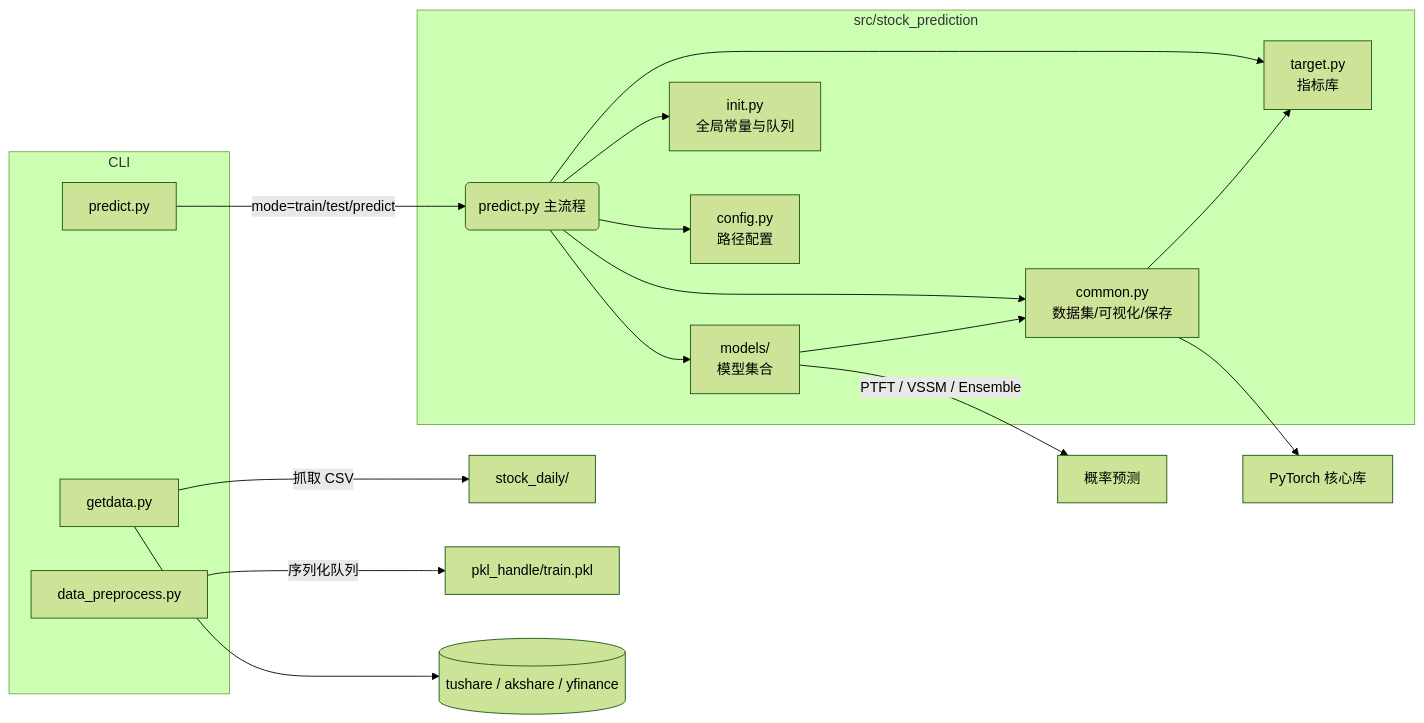
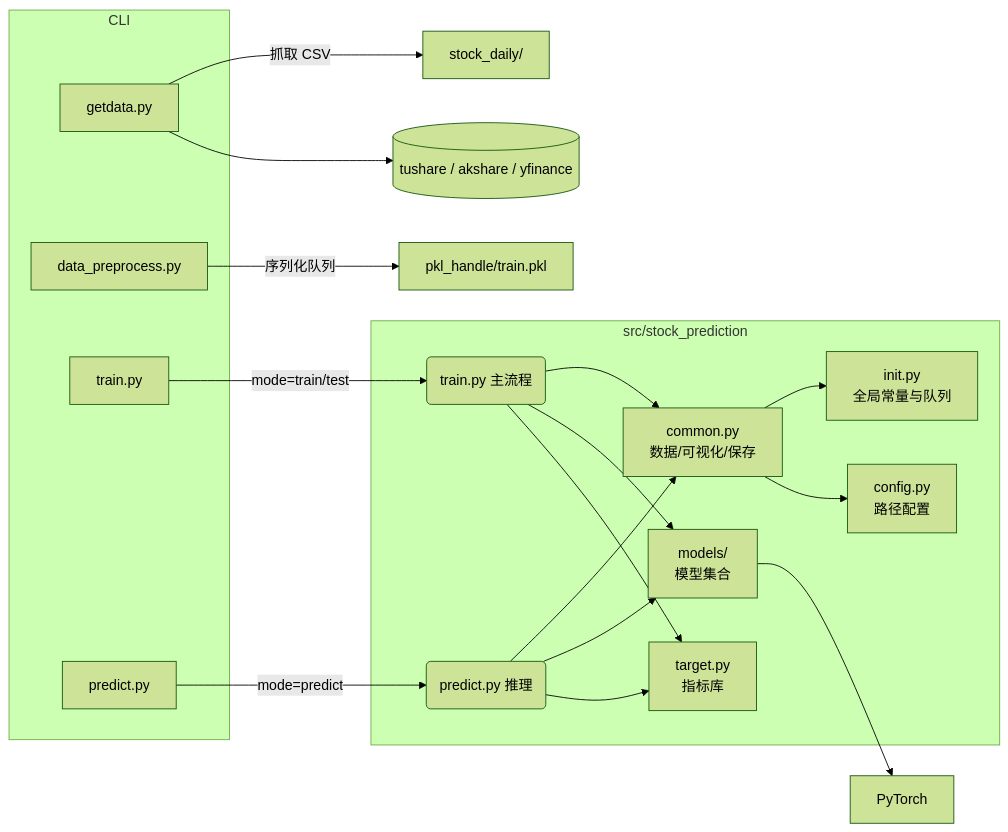
The diagram in docs/system_design.md (KittenCN/stock_prediction), drawn with Mermaid (forest theme) before and after one commit. The commit also changed other lines of this file and 10 other files, not shown here.

````diff
--- a/docs/system_design.md
+++ b/docs/system_design.md
@@ -6,26 +5,33 @@
 ```mermaid
 flowchart LR
     subgraph CLI
         G[getdata.py]
         P[data_preprocess.py]
+        T[train.py]
         R[predict.py]
     end
 
     G -->|抓取 CSV| Daily[stock_daily/]
     P -->|序列化队列| PKL[pkl_handle/train.pkl]
-    R -->|mode=train/test/predict| Core(predict.py 主流程)
+    T -->|mode=train/test| CoreTrain(train.py 主流程)
+    R -->|mode=predict| CorePredict(predict.py 推理)
 
     subgraph Package[src/stock_prediction]
-        Core --> Common[common.py\n数据集/可视化/保存]
-        Core --> Models[models/\n模型集合]
-        Core --> Target[target.py\n指标库]
-        Core --> Init[init.py\n全局常量与队列]
-        Core --> Config[config.py\n路径配置]
-        Common --> Target
-        Models --> Common
+        CoreTrain --> Common[common.py
+数据/可视化/保存]
+        CorePredict --> Common
+        CoreTrain --> Models[models/
+模型集合]
+        CorePredict --> Models
+        CoreTrain --> Target[target.py
+指标库]
+        CorePredict --> Target
+        Common --> Init[init.py
+全局常量与队列]
+        Common --> Config[config.py
+路径配置]
     end
 
-    Models -->|PTFT / VSSM / Ensemble| Prob[概率预测]
-    Common --> Torch[PyTorch 核心库]
+    Models --> Torch[PyTorch]
     G --> ExternalAPI[(tushare / akshare / yfinance)]
 ```
````
